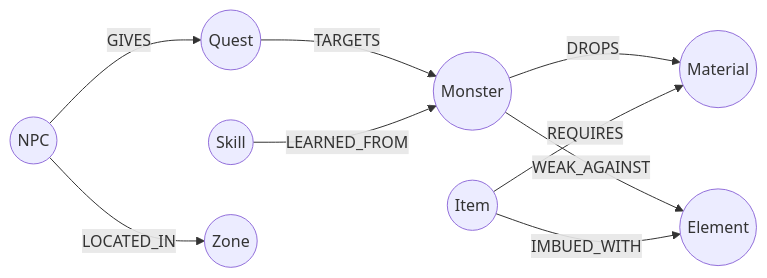
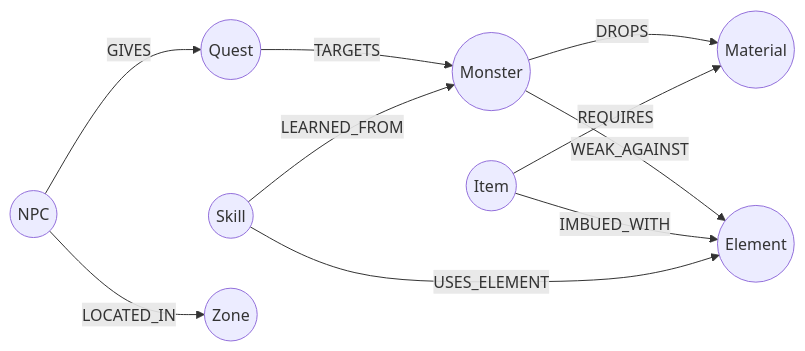
Before and after one commit to kurliko/RPG-graph-project: the third of 3 diagrams in README.md, drawn with Mermaid.

Commit message:
docs(project): add missing USES_ELEMENT relation to graph schema diagram

````diff
--- a/README.md
+++ b/README.md
@@ -196,22 +196,23 @@
 ```mermaid
 flowchart LR
     %% Węzły (Etykiety)
     Monster((Monster))
     Material((Material))
     Item((Item))
     NPC((NPC))
     Quest((Quest))
     Skill((Skill))
     Zone((Zone))
     Element((Element))
 
     %% Relacje
     Monster -->|DROPS| Material
     Monster -->|WEAK_AGAINST| Element
     Item -->|REQUIRES| Material
     Item -->|IMBUED_WITH| Element
     Quest -->|TARGETS| Monster
     NPC -->|GIVES| Quest
     NPC -->|LOCATED_IN| Zone
     Skill -->|LEARNED_FROM| Monster
+    Skill -->|USES_ELEMENT| Element
 ```
````
